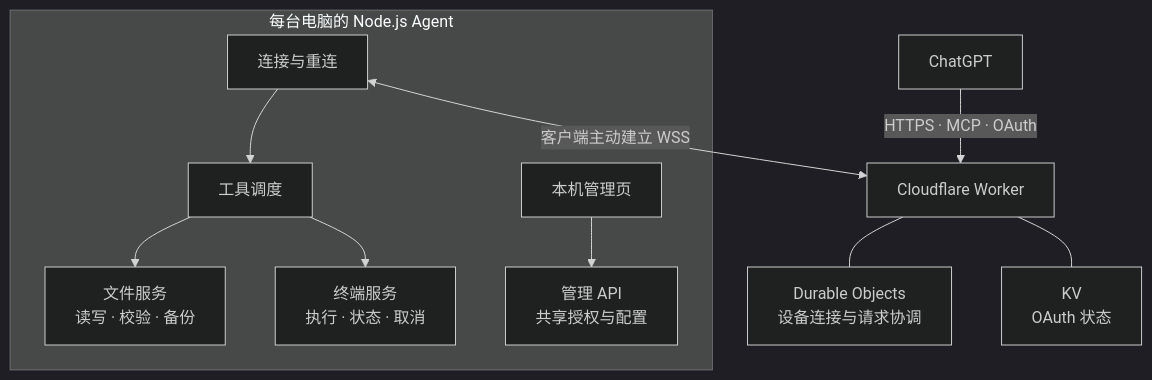
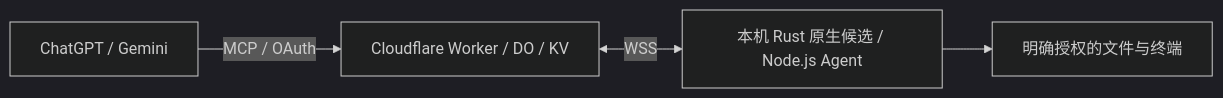
The diagram in README.md (jianmosier/chat2local), drawn with Mermaid (dark theme) before and after one commit. The commit also changed other lines of this file and 292 other files, not shown here.

Commit message:
Add Windows native Rust Agent and file-only sharing

````diff
--- a/README.md
+++ b/README.md
@@ -28,13 +58,6 @@
 ```mermaid
-flowchart TB
-    GPT["ChatGPT"] -->|"HTTPS · MCP · OAuth"| Worker["Cloudflare Worker"]
-    Worker --- DO["Durable Objects<br/>设备连接与请求协调"]
-    Worker --- KV["KV<br/>OAuth 状态"]
-    subgraph Local["每台电脑的 Node.js Agent"]
-        Bridge["连接与重连"] --> Dispatcher["工具调度"]
-        Dispatcher --> Files["文件服务<br/>读写 · 校验 · 备份"]
-        Dispatcher --> Terminal["终端服务<br/>执行 · 状态 · 取消"]
-        Panel["本机管理页"] --> Control["管理 API<br/>共享授权与配置"]
-    end
-    Bridge <-->|"客户端主动建立 WSS"| Worker
+flowchart LR
+    AI["ChatGPT / Gemini"] -->|"MCP / OAuth"| Relay["Cloudflare Worker / DO / KV"]
+    Relay <-->|"WSS"| Agent["本机 Rust 原生候选 / Node.js Agent"]
+    Agent --> Files["明确授权的文件与终端"]
 ```
````
